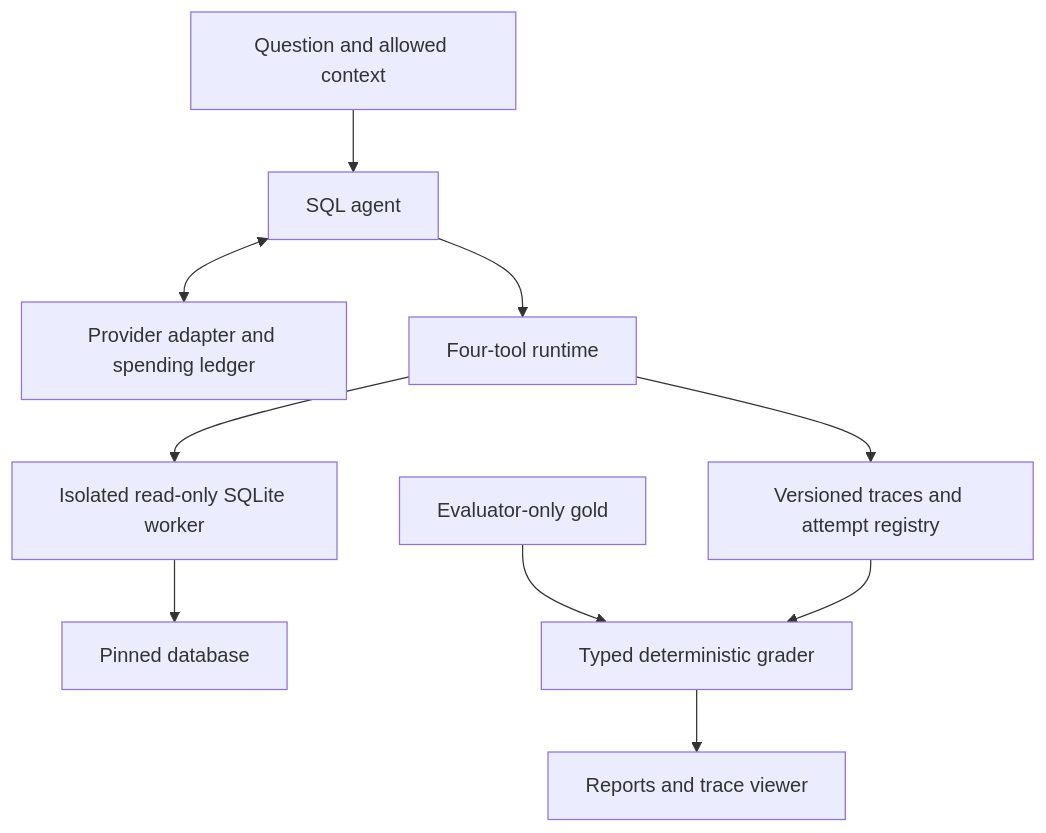
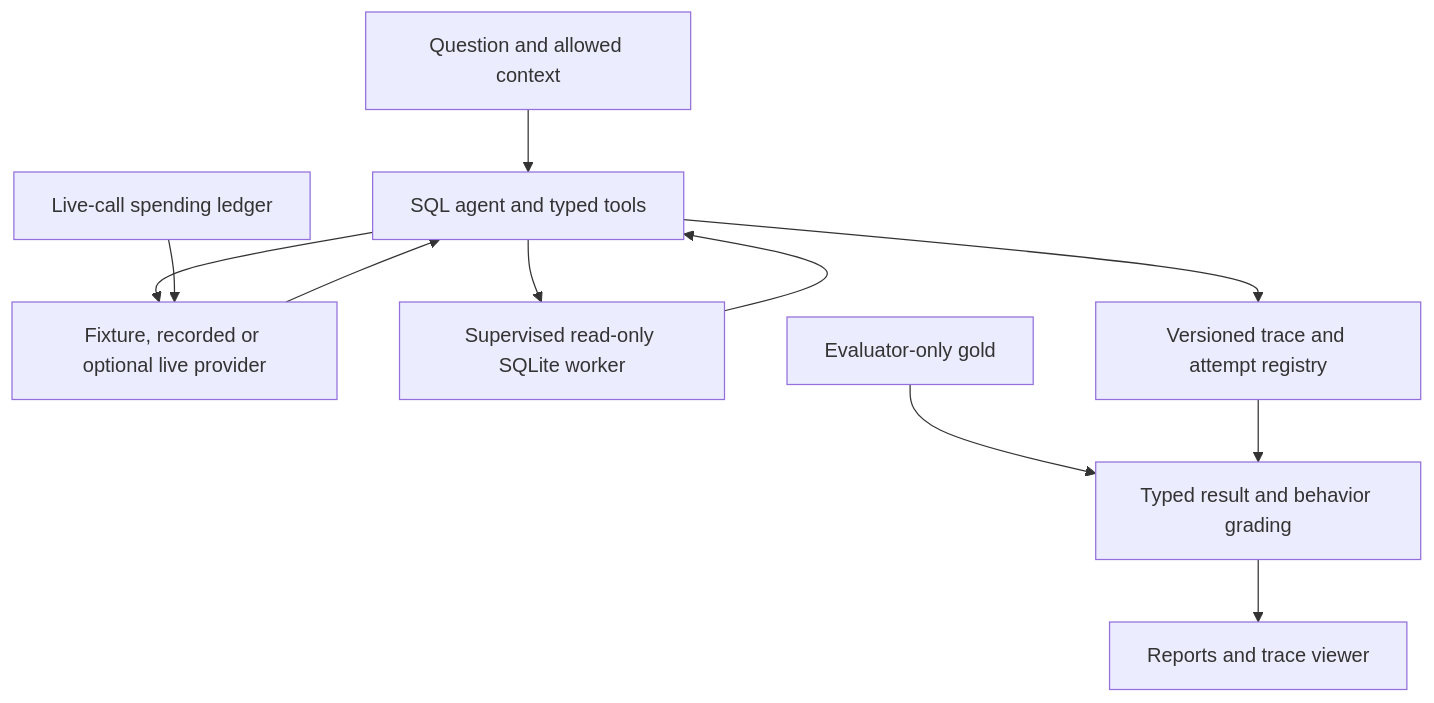
Before and after one commit to Jill-Vekariya/agent-reliability-harness: the diagram in README.md, drawn with Mermaid. The commit also changed other lines of this file, not shown here.

````diff
--- a/README.md
+++ b/README.md
@@ -87,12 +22,13 @@
 ```mermaid
 flowchart TD
-    Q["Question and allowed context"] --> A["SQL agent"]
-    A <--> P["Provider adapter and spending ledger"]
-    A --> T["Four-tool runtime"]
-    T --> W["Isolated read-only SQLite worker"]
-    W --> D["Pinned database"]
-    T --> R["Versioned traces and attempt registry"]
-    G["Evaluator-only gold"] --> E["Typed deterministic grader"]
-    R --> E
-    E --> V["Reports and trace viewer"]
+  Q["Question and allowed context"] --> A["SQL agent and typed tools"]
+  A --> P["Fixture, recorded or optional live provider"]
+  P --> A
+  L["Live-call spending ledger"] --> P
+  A --> W["Supervised read-only SQLite worker"]
+  W --> A
+  A --> T["Versioned trace and attempt registry"]
+  G["Evaluator-only gold"] --> E["Typed result and behavior grading"]
+  T --> E
+  E --> R["Reports and trace viewer"]
 ```
````
